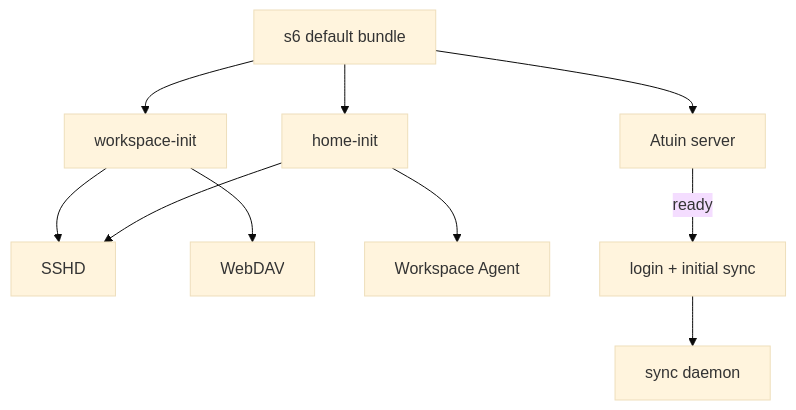
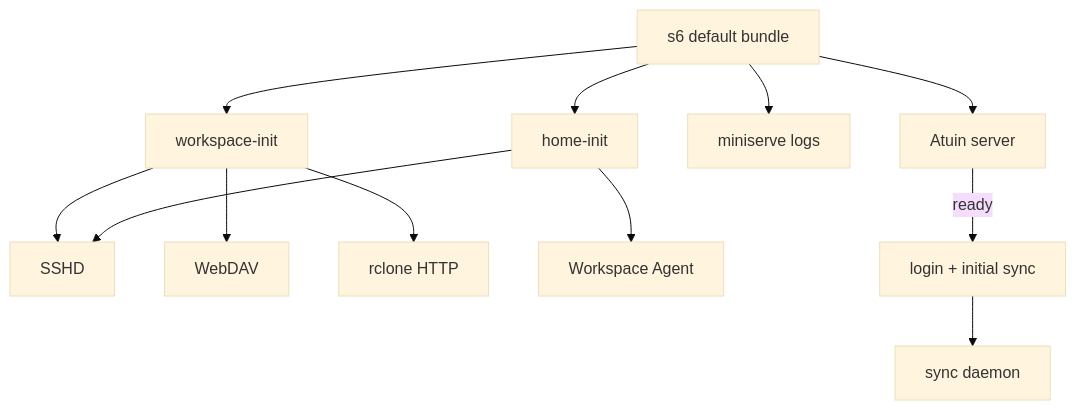
One commit to curoky/codespace changed the second of 3 diagrams in platform/container/workspace/DESIGN.md. Above: the diagram before and after it, drawn with Mermaid (base theme). The commit also changed other lines of this file and 14 other files, not shown here.

First line of the commit message:
feat: add rclone HTTP and miniserve log services, restructure file serving

````diff
--- a/platform/container/workspace/DESIGN.md
+++ b/platform/container/workspace/DESIGN.md
@@ -30,12 +30,14 @@
 ```mermaid
 flowchart TD
     Default["s6 default bundle"] --> Data["workspace-init"]
     Default --> Home["home-init"]
     Data --> SSHD
     Home --> SSHD
     Data --> WebDAV
+    Data --> HTTP["rclone HTTP"]
+    Default --> Logs["miniserve logs"]
     Home --> Agent["Workspace Agent"]
     Default --> AtuinServer["Atuin server"]
     AtuinServer -->|ready| AtuinLogin["login + initial sync"]
     AtuinLogin --> AtuinDaemon["sync daemon"]
 ```
````
